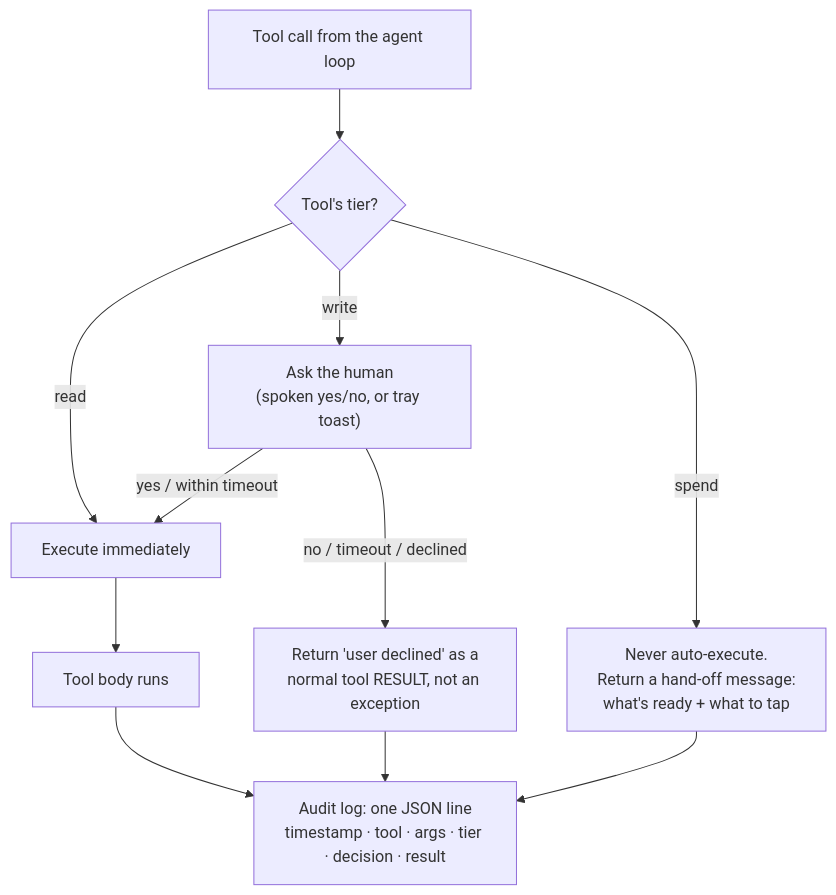
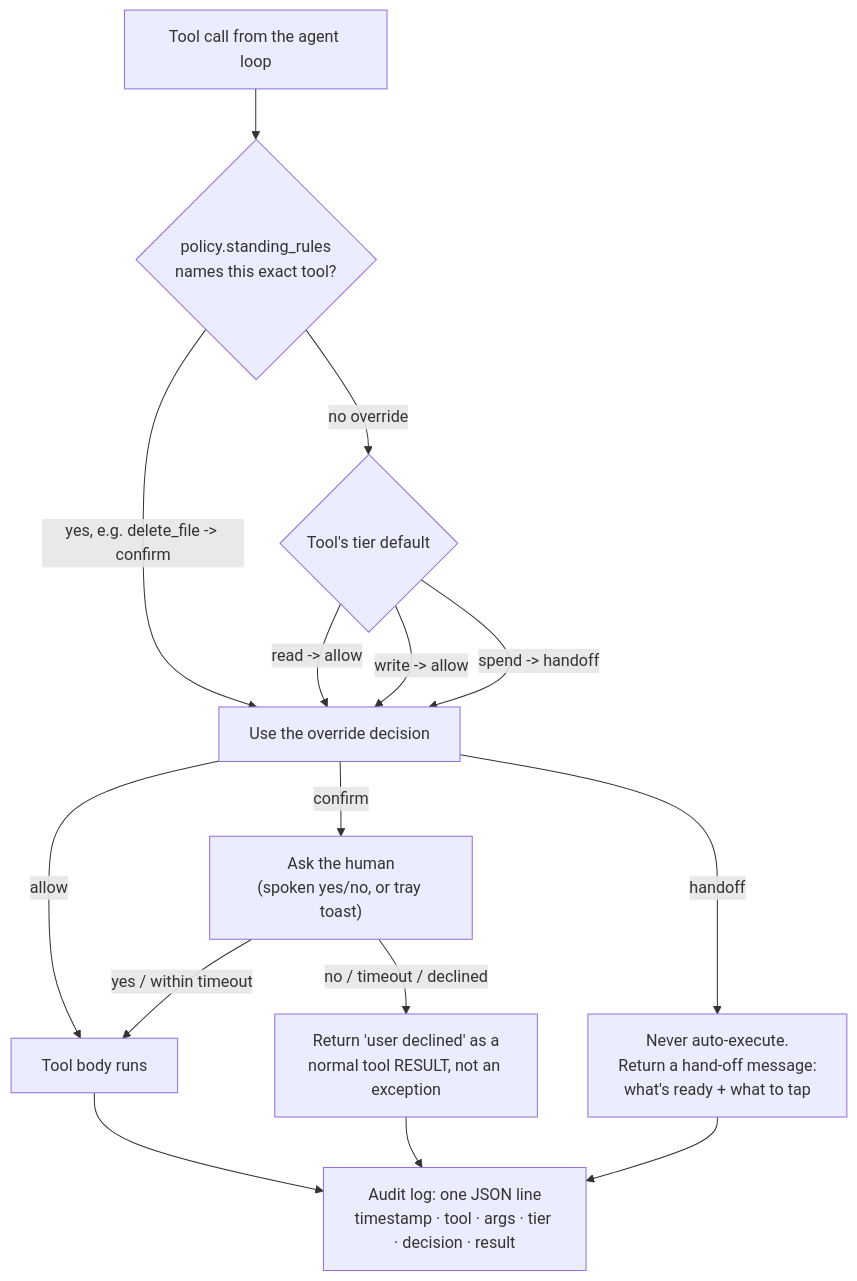
The ninth of 18 diagrams in peter_3.0/docs/ARCHITECTURE.md (Dhusnic/Peter-AI-Voice-Assistance), drawn with Mermaid before and after one commit. The commit also changed other lines of this file, not shown here.

First line of the commit message:
Bring ARCHITECTURE.md up to date with everything built this session

````diff
--- a/peter_3.0/docs/ARCHITECTURE.md
+++ b/peter_3.0/docs/ARCHITECTURE.md
@@ -387,15 +464,20 @@
 ```mermaid
 flowchart TD
-    Call["Tool call from the agent loop"] --> Tier{Tool's tier?}
-    Tier -->|read| Allow[Execute immediately]
-    Tier -->|write| Ask["Ask the human\n(spoken yes/no, or tray toast)"]
-    Tier -->|spend| Handoff["Never auto-execute.\nReturn a hand-off message:\nwhat's ready + what to tap"]
+    Call["Tool call from the agent loop"] --> Override{"policy.standing_rules\nnames this exact tool?"}
+    Override -->|"yes, e.g. delete_file -> confirm"| Decision["Use the override decision"]
+    Override -->|"no override"| Tier{"Tool's tier default"}
+    Tier -->|"read -> allow"| Decision
+    Tier -->|"write -> allow"| Decision
+    Tier -->|"spend -> handoff"| Decision
 
-    Ask -->|yes / within timeout| Allow
-    Ask -->|no / timeout / declined| Decline["Return 'user declined' as a\nnormal tool RESULT, not an exception"]
+    Decision -->|allow| Run
+    Decision -->|confirm| Ask["Ask the human\n(spoken yes/no, or tray toast)"]
+    Decision -->|handoff| Handoff["Never auto-execute.\nReturn a hand-off message:\nwhat's ready + what to tap"]
 
-    Allow --> Run[Tool body runs]
+    Ask -->|"yes / within timeout"| Run[Tool body runs]
+    Ask -->|"no / timeout / declined"| Decline["Return 'user declined' as a\nnormal tool RESULT, not an exception"]
+
+    Run --> Log
     Handoff --> Log
-    Decline --> Log
-    Run --> Log[Audit log: one JSON line\ntimestamp · tool · args · tier · decision · result]
+    Decline --> Log[Audit log: one JSON line\ntimestamp · tool · args · tier · decision · result]
 ```
````
